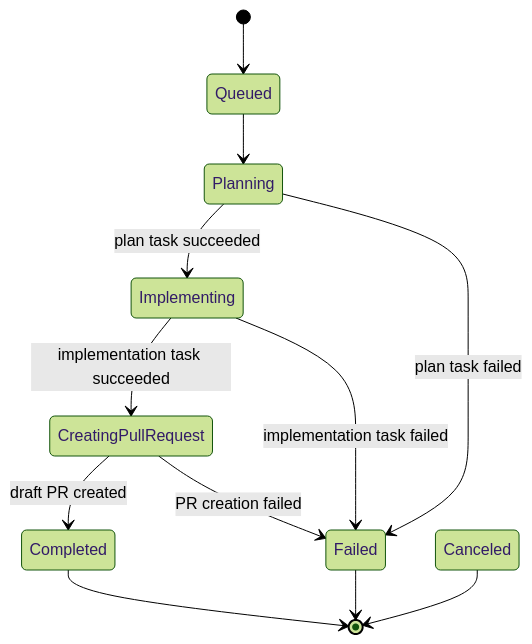
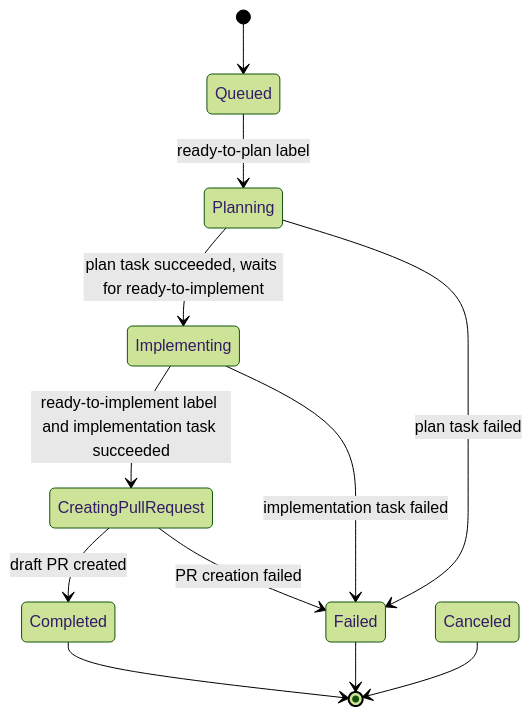
The diagram in docs/mvp-workflow.md (anhaehne/hhnl.Formicae), drawn with Mermaid (forest theme) before and after one commit. The commit also changed other lines of this file and 10 other files, not shown here.

````diff
--- a/docs/mvp-workflow.md
+++ b/docs/mvp-workflow.md
@@ -18,14 +18,14 @@
 ```mermaid
 stateDiagram-v2
     [*] --> Queued
-    Queued --> Planning
-    Planning --> Implementing: plan task succeeded
+    Queued --> Planning: ready-to-plan label
+    Planning --> Implementing: plan task succeeded, waits for ready-to-implement
     Planning --> Failed: plan task failed
-    Implementing --> CreatingPullRequest: implementation task succeeded
+    Implementing --> CreatingPullRequest: ready-to-implement label and implementation task succeeded
     Implementing --> Failed: implementation task failed
     CreatingPullRequest --> Completed: draft PR created
     CreatingPullRequest --> Failed: PR creation failed
     Completed --> [*]
     Failed --> [*]
     Canceled --> [*]
 ```
````
